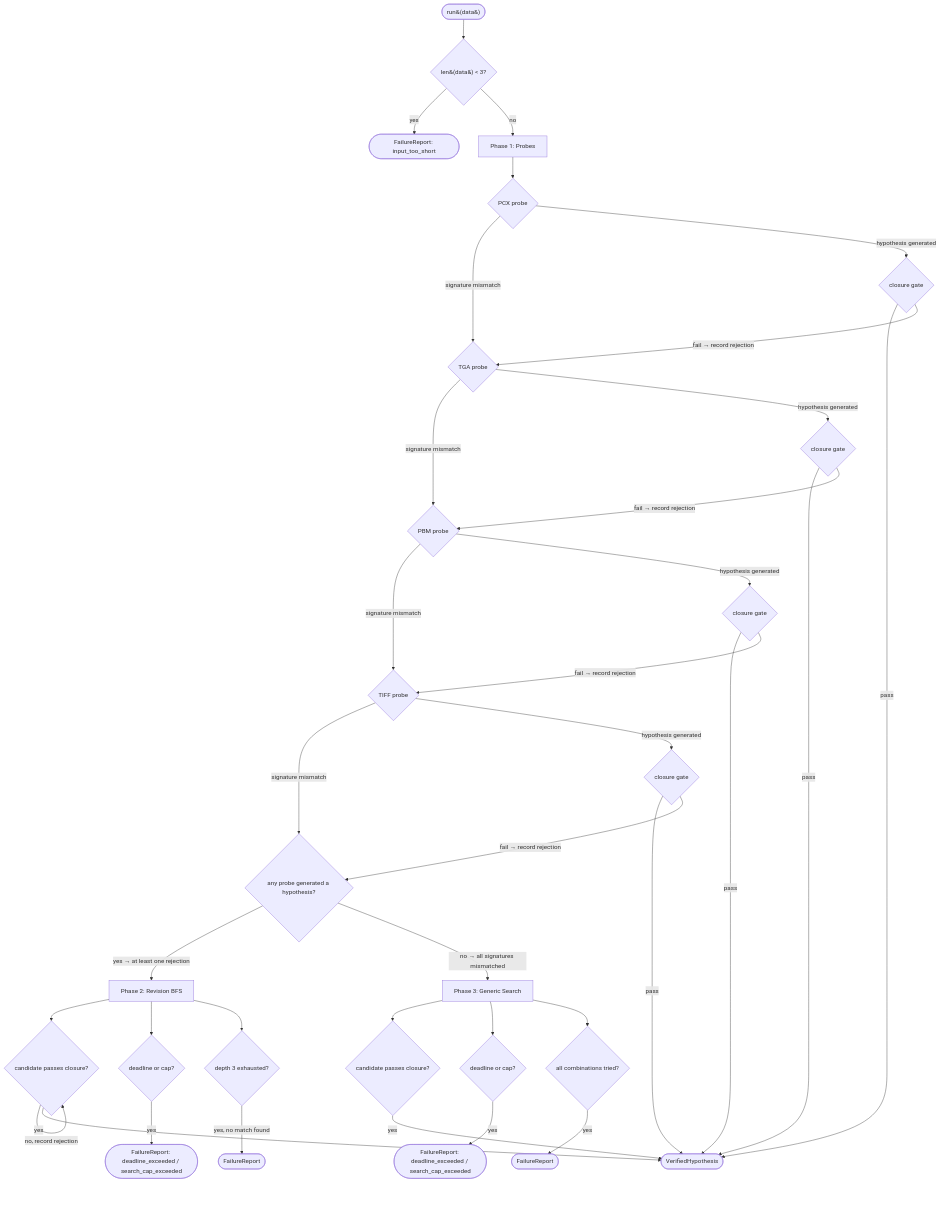
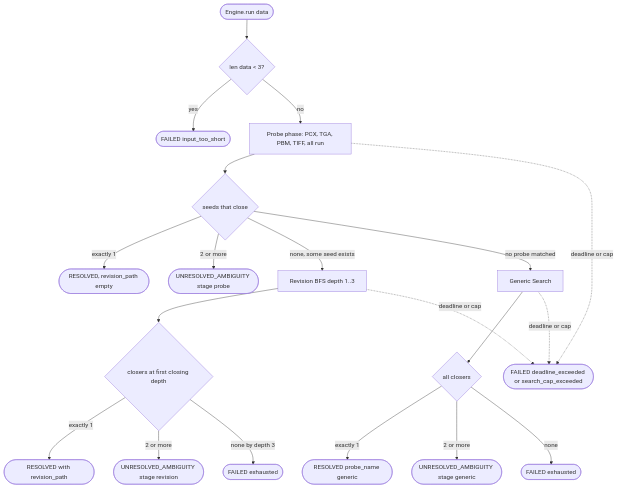
The first of 2 diagrams in .kiro/specs/structure-inference-engine/design.md (RAK2315/necropsy), drawn with Mermaid before and after one commit. The commit also changed other lines of this file and 2 other files, not shown here.

Commit message:
Spec: structure-inference-engine requirements, design and task list

````diff
--- a/.kiro/specs/structure-inference-engine/design.md
+++ b/.kiro/specs/structure-inference-engine/design.md
@@ -23,45 +26,22 @@
 ```mermaid
 flowchart TD
-    A([run&#40;data&#41;]) --> B{len&#40;data&#41; &lt; 3?}
-    B -- yes --> Z1([FailureReport: input_too_short])
-    B -- no --> C[Phase 1: Probes]
-
-    C --> D{PCX probe}
-    D -- signature mismatch --> E{TGA probe}
-    D -- hypothesis generated --> P1{closure gate}
-    P1 -- pass --> R([VerifiedHypothesis])
-    P1 -- fail → record rejection --> E
-
-    E -- signature mismatch --> F{PBM probe}
-    E -- hypothesis generated --> P2{closure gate}
-    P2 -- pass --> R
-    P2 -- fail → record rejection --> F
-
-    F -- signature mismatch --> G{TIFF probe}
-    F -- hypothesis generated --> P3{closure gate}
-    P3 -- pass --> R
-    P3 -- fail → record rejection --> G
-
-    G -- signature mismatch --> H{any probe generated a hypothesis?}
-    G -- hypothesis generated --> P4{closure gate}
-    P4 -- pass --> R
-    P4 -- fail → record rejection --> H
-
-    H -- yes → at least one rejection --> I[Phase 2: Revision BFS]
-    H -- no → all signatures mismatched --> J[Phase 3: Generic Search]
-
-    I --> P5{candidate passes closure?}
-    P5 -- yes --> R
-    P5 -- no, record rejection --> P5
-    I --> L{deadline or cap?}
-    L -- yes --> Z2([FailureReport: deadline_exceeded / search_cap_exceeded])
-    I --> K{depth 3 exhausted?}
-    K -- yes, no match found --> Z3([FailureReport])
-
-    J --> P6{candidate passes closure?}
-    P6 -- yes --> R
-    J --> M{deadline or cap?}
-    M -- yes --> Z4([FailureReport: deadline_exceeded / search_cap_exceeded])
-    J --> N{all combinations tried?}
-    N -- yes --> Z5([FailureReport])
+    A([Engine.run data]) --> B{len data < 3?}
+    B -- yes --> F1([FAILED input_too_short])
+    B -- no --> P[Probe phase: PCX, TGA, PBM, TIFF, all run]
+    P --> PC{seeds that close}
+    PC -- exactly 1 --> R([RESOLVED, revision_path empty])
+    PC -- 2 or more --> AM([UNRESOLVED_AMBIGUITY stage probe])
+    PC -- none, some seed exists --> V[Revision BFS depth 1..3]
+    PC -- no probe matched --> G[Generic Search]
+    V --> VC{closers at first closing depth}
+    VC -- exactly 1 --> R2([RESOLVED with revision_path])
+    VC -- 2 or more --> AM2([UNRESOLVED_AMBIGUITY stage revision])
+    VC -- none by depth 3 --> F2([FAILED exhausted])
+    G --> GC{all closers}
+    GC -- exactly 1 --> R3([RESOLVED probe_name generic])
+    GC -- 2 or more --> AM3([UNRESOLVED_AMBIGUITY stage generic])
+    GC -- none --> F3([FAILED exhausted])
+    P -. deadline or cap .-> F4([FAILED deadline_exceeded or search_cap_exceeded])
+    V -. deadline or cap .-> F4
+    G -. deadline or cap .-> F4
 ```
````
